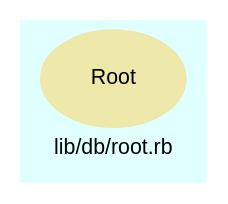
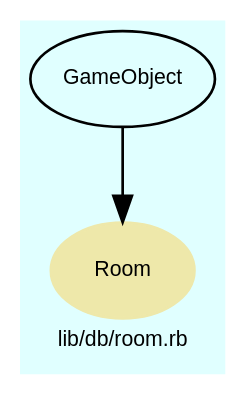
One commit to Tyche/teensymud changed the diagram in doc/dot/f_42.dot. Above: the diagram before and after it, drawn with Graphviz. The commit also changed 198 other files, not shown here.

```diff
--- a/doc/dot/f_42.dot
+++ b/doc/dot/f_42.dot
@@ -1,22 +1,31 @@
 digraph TopLevel {
     compound = true
     bgcolor = lightcyan1
     fontname = Arial
     fontsize = 8
-    label = "lib/db/root.rb"
+    label = "lib/db/room.rb"
     node [
         fontname = Arial,
         fontsize = 8,
         color = black
     ]
 
-    Root [
+    Room [
         fontcolor = black,
-        URL = "classes/Root.html",
+        URL = "classes/Room.html",
         shape = ellipse,
         color = palegoldenrod,
         style = filled,
-        label = "Root"
+        label = "Room"
+    ]
+
+    GameObject [
+        URL = "classes/GameObject.html",
+        label = "GameObject"
+    ]
+
+    GameObject -> Room [
+
     ]
 
 }
```
